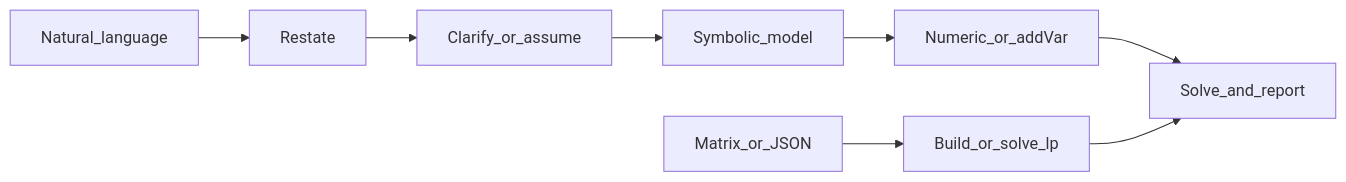
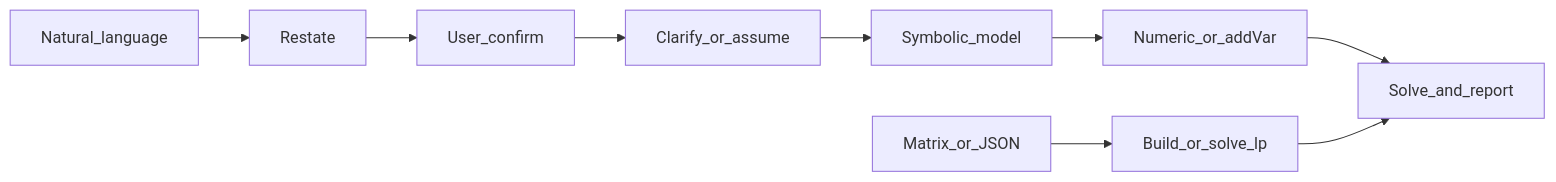
The diagram in SKILL.md (Mathskillverse/skill-copt-linear-program), drawn with Mermaid before and after one commit. The commit also changed other lines of this file and 1 other file, not shown here.

Commit message:
Add user confirmation step to the SKILL process flow and update related instructions

````diff
--- a/SKILL.md
+++ b/SKILL.md
@@ -34,12 +35,13 @@
 ```mermaid
 flowchart LR
   A[Matrix_or_JSON]
   B[Natural_language]
   A --> A1[Build_or_solve_lp]
   B --> B1[Restate]
-  B1 --> B2[Clarify_or_assume]
-  B2 --> B3[Symbolic_model]
-  B3 --> B4[Numeric_or_addVar]
-  B4 --> B5[Solve_and_report]
-  A1 --> B5
+  B1 --> B2[User_confirm]
+  B2 --> B3[Clarify_or_assume]
+  B3 --> B4[Symbolic_model]
+  B4 --> B5[Numeric_or_addVar]
+  B5 --> B6[Solve_and_report]
+  A1 --> B6
 ```
````
